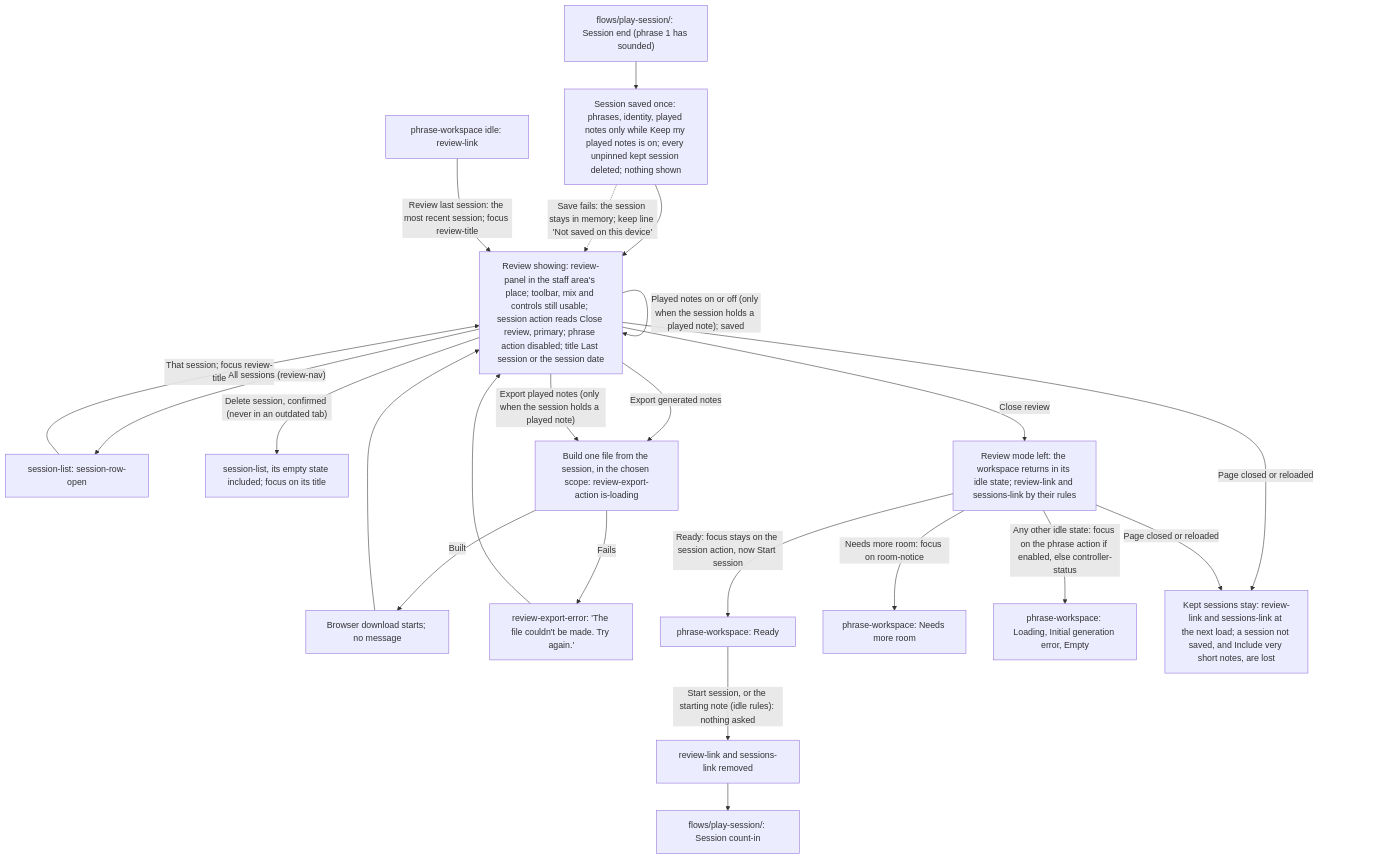
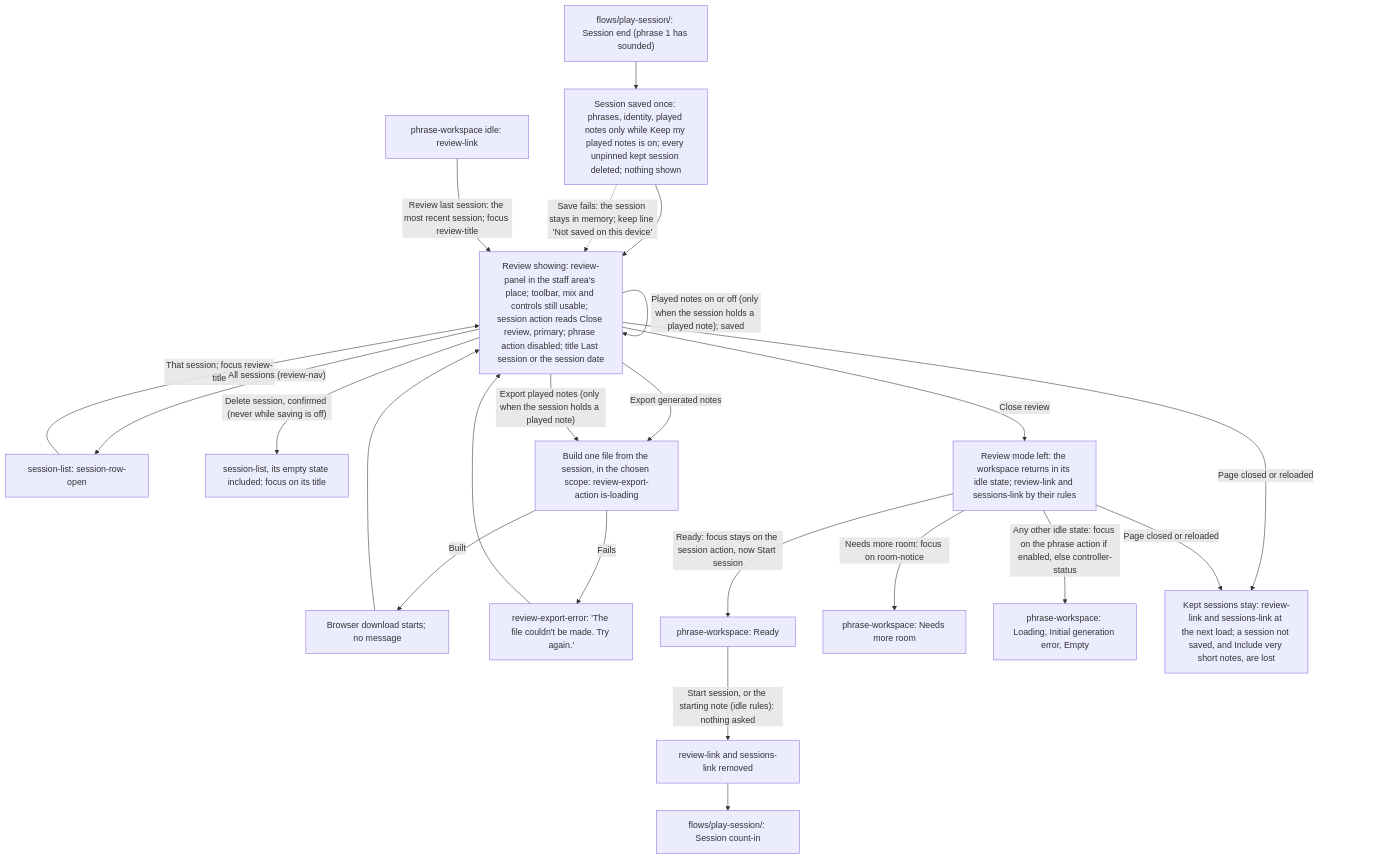
The diagram in ui_ux/flows/review-and-export/handoff.md (kluthen/infinite-flow), drawn with Mermaid before and after one commit. The commit also changed other lines of this file and 13 other files, not shown here.

````diff
--- a/ui_ux/flows/review-and-export/handoff.md
+++ b/ui_ux/flows/review-and-export/handoff.md
@@ -28,40 +28,40 @@
 ```mermaid
 flowchart TD
   PS["flows/play-session/: Session end (phrase 1 has sounded)"] --> SV
   %% v3 new: the save
   SV["Session saved once: phrases, identity, played notes only while Keep my played notes is on; every unpinned kept session deleted; nothing shown"] --> RV
   SV -.->|"Save fails: the session stays in memory; keep line 'Not saved on this device'"| RV
   RV["Review showing: review-panel in the staff area's place; toolbar, mix and controls still usable; session action reads Close review, primary; phrase action disabled; title Last session or the session date"]
   RV -.->|"Meanwhile, hidden (after a session end only): session systems cleared; next phrase generated from the current controls (fresh seed, no carry-in, idle fit retries), or none while the staff has no room"| RV
   RV -->|"Start session is not offered; no MIDI note starts a session"| RV
   %% v3 new: the other ways in (flows/kept-sessions/)
   WS["phrase-workspace idle: review-link"] -->|"Review last session: the most recent session; focus review-title"| RV
   SL["session-list: session-row-open"] -->|"That session; focus review-title"| RV
   RV -->|"All sessions (review-nav)"| SL
   %% v3 new: tools on the session
   RV -->|"favorite-toggle on a phrase; the first favorite pins the session"| RV
   RV -->|"Pin; Unpin (with favorites: confirmation)"| RV
   RV -->|"Add a comment / Edit comment, then Done, leaving the field, or leaving the review: saved"| RV
-  RV -->|"Delete session, confirmed (never in an outdated tab)"| SLE["session-list, its empty state included; focus on its title"]
-  RV -->|"Keep my played notes on; off (with kept notes, not in an outdated tab: confirmation, Delete them or Keep them)"| RV
-  RV -->|"Delete played notes, confirmed (never in an outdated tab): lane, view row and played-notes export leave"| RV
+  RV -->|"Delete session, confirmed (never while saving is off)"| SLE["session-list, its empty state included; focus on its title"]
+  RV -->|"Keep my played notes on; off (with kept notes, not while saving is off: confirmation, Delete them or Keep them)"| RV
+  RV -->|"Delete played notes, confirmed (never while saving is off): lane, view row and played-notes export leave"| RV
   %% v3 changed: saved choices; v3 new: scope, very short notes
   RV -->|"Format: MusicXML or MIDI; Backing track (MIDI only); saved"| RV
   RV -->|"Export scope: Whole session or Favorites only; Include very short notes"| RV
   RV -->|"Played notes on or off (only when the session holds a played note); saved"| RV
   RV -->|Export generated notes| X[Build one file from the session, in the chosen scope: review-export-action is-loading]
   RV -->|"Export played notes (only when the session holds a played note)"| X
   X -->|Built| DL[Browser download starts; no message]
   X -->|Fails| XE["review-export-error: 'The file couldn't be made. Try again.'"]
   DL --> RV
   XE --> RV
   RV -->|Close review| LV["Review mode left: the workspace returns in its idle state; review-link and sessions-link by their rules"]
   LV -->|"Ready: focus stays on the session action, now Start session"| RD[phrase-workspace: Ready]
   LV -->|"Needs more room: focus on room-notice"| NM[phrase-workspace: Needs more room]
   LV -->|"Any other idle state: focus on the phrase action if enabled, else controller-status"| OT["phrase-workspace: Loading, Initial generation error, Empty"]
   RD -->|"Start session, or the starting note (idle rules): nothing asked"| ST["review-link and sessions-link removed"]
   ST --> PS2["flows/play-session/: Session count-in"]
   %% v3 changed: a reload keeps what is kept
   RV -->|"Page closed or reloaded"| GONE["Kept sessions stay: review-link and sessions-link at the next load; a session not saved, and Include very short notes, are lost"]
   LV -->|"Page closed or reloaded"| GONE
 ```
````
